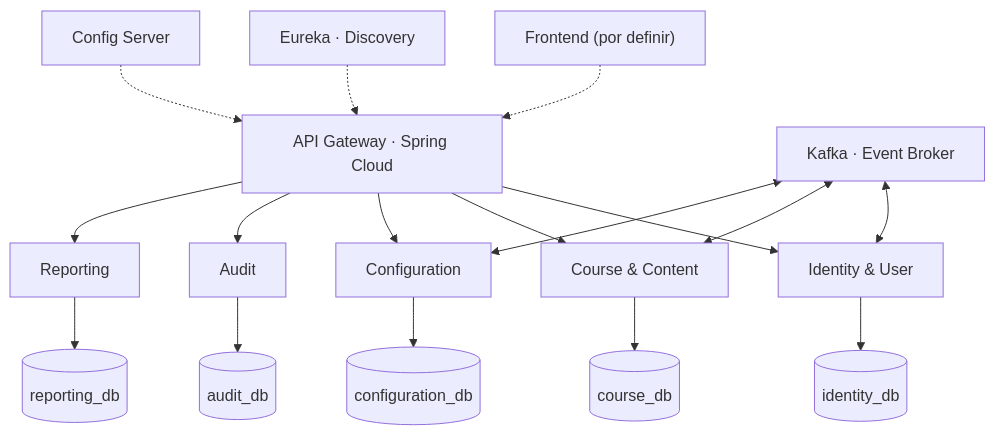
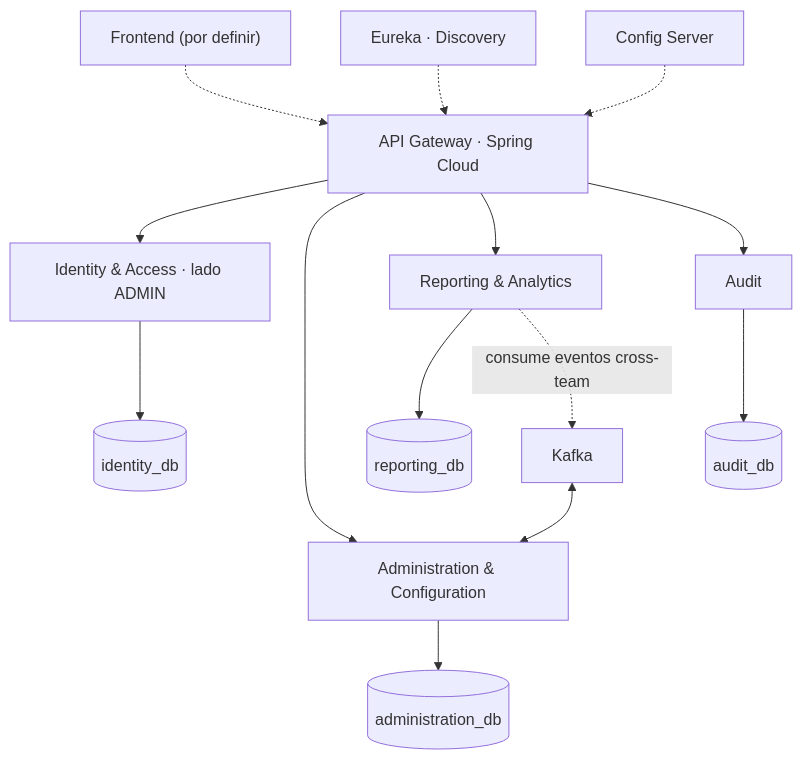
Before and after one commit to 2W2-114324-Carballo-Juarez-Mateo/backoffice-docs: the diagram in docs/backend/resumen.md, drawn with Mermaid. The commit also changed other lines of this file and 13 other files, not shown here.

Commit message:
docs: alinear alcance al BackOffice oficial (4 servicios: Identity&Access, Administration&Configuration, Reporting&Analytics, Audit) — sin cursos/desafíos/usuarios/avatar

````diff
--- a/docs/backend/resumen.md
+++ b/docs/backend/resumen.md
@@ -17,21 +12,18 @@
 ```mermaid
 flowchart TB
     FE["Frontend (por definir)"] -.-> GW[API Gateway · Spring Cloud]
-    GW --> ID[Identity & User]
-    GW --> CS[Course & Content]
-    GW --> CF[Configuration]
+    GW --> ID[Identity & Access · lado ADMIN]
+    GW --> AD[Administration & Configuration]
+    GW --> RP[Reporting & Analytics]
     GW --> AU[Audit]
-    GW --> RP[Reporting]
 
     ID --> DB1[(identity_db)]
-    CS --> DB2[(course_db)]
-    CF --> DB3[(configuration_db)]
+    AD --> DB2[(administration_db)]
+    RP --> DB3[(reporting_db)]
     AU --> DB4[(audit_db)]
-    RP --> DB5[(reporting_db)]
 
     E[Eureka · Discovery] -.-> GW
     CFG[Config Server] -.-> GW
-    K[Kafka · Event Broker] <--> ID
-    K <--> CS
-    K <--> CF
+    K[Kafka] <--> AD
+    RP -. consume eventos cross-team .-> K
 ```
````
